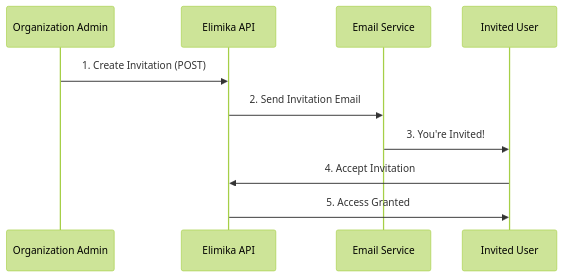
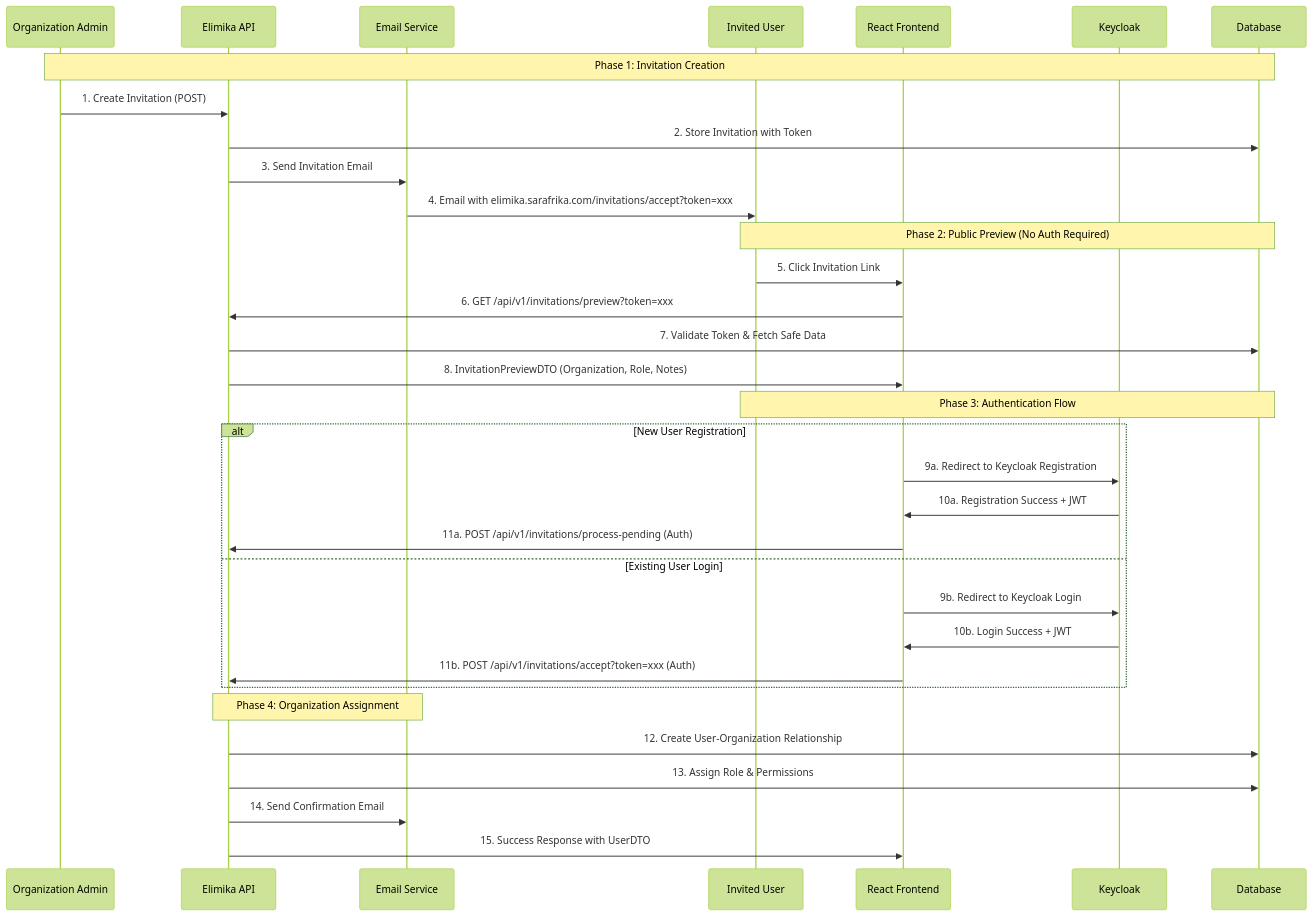
The diagram in docs/InvitationGuide.md (sarafrika/elimika), drawn with Mermaid (forest theme) before and after one commit. The commit also changed other lines of this file and 2 other files, not shown here.

First line of the commit message:
docs(invitations): consolidate and improve invitation documentation

````diff
--- a/docs/InvitationGuide.md
+++ b/docs/InvitationGuide.md
@@ -16,13 +11,39 @@
 ```mermaid
 sequenceDiagram
     participant ADMIN as Organization Admin
     participant API as Elimika API
     participant EMAIL as Email Service
     participant USER as Invited User
+    participant REACT as React Frontend
+    participant KC as Keycloak
+    participant DB as Database
 
+    Note over ADMIN,DB: Phase 1: Invitation Creation
     ADMIN->>API: 1. Create Invitation (POST)
-    API->>EMAIL: 2. Send Invitation Email
-    EMAIL->>USER: 3. You're Invited!
-    USER->>API: 4. Accept Invitation
-    API->>USER: 5. Access Granted
+    API->>DB: 2. Store Invitation with Token
+    API->>EMAIL: 3. Send Invitation Email
+    EMAIL->>USER: 4. Email with elimika.sarafrika.com/invitations/accept?token=xxx
+
+    Note over USER,DB: Phase 2: Public Preview (No Auth Required)
+    USER->>REACT: 5. Click Invitation Link
+    REACT->>API: 6. GET /api/v1/invitations/preview?token=xxx
+    API->>DB: 7. Validate Token & Fetch Safe Data
+    API->>REACT: 8. InvitationPreviewDTO (Organization, Role, Notes)
+
+    Note over USER,DB: Phase 3: Authentication Flow
+    alt New User Registration
+        REACT->>KC: 9a. Redirect to Keycloak Registration
+        KC->>REACT: 10a. Registration Success + JWT
+        REACT->>API: 11a. POST /api/v1/invitations/process-pending (Auth)
+    else Existing User Login
+        REACT->>KC: 9b. Redirect to Keycloak Login
+        KC->>REACT: 10b. Login Success + JWT  
+        REACT->>API: 11b. POST /api/v1/invitations/accept?token=xxx (Auth)
+    end
+
+    Note over API,EMAIL: Phase 4: Organization Assignment
+    API->>DB: 12. Create User-Organization Relationship
+    API->>DB: 13. Assign Role & Permissions
+    API->>EMAIL: 14. Send Confirmation Email
+    API->>REACT: 15. Success Response with UserDTO
 ```
````
